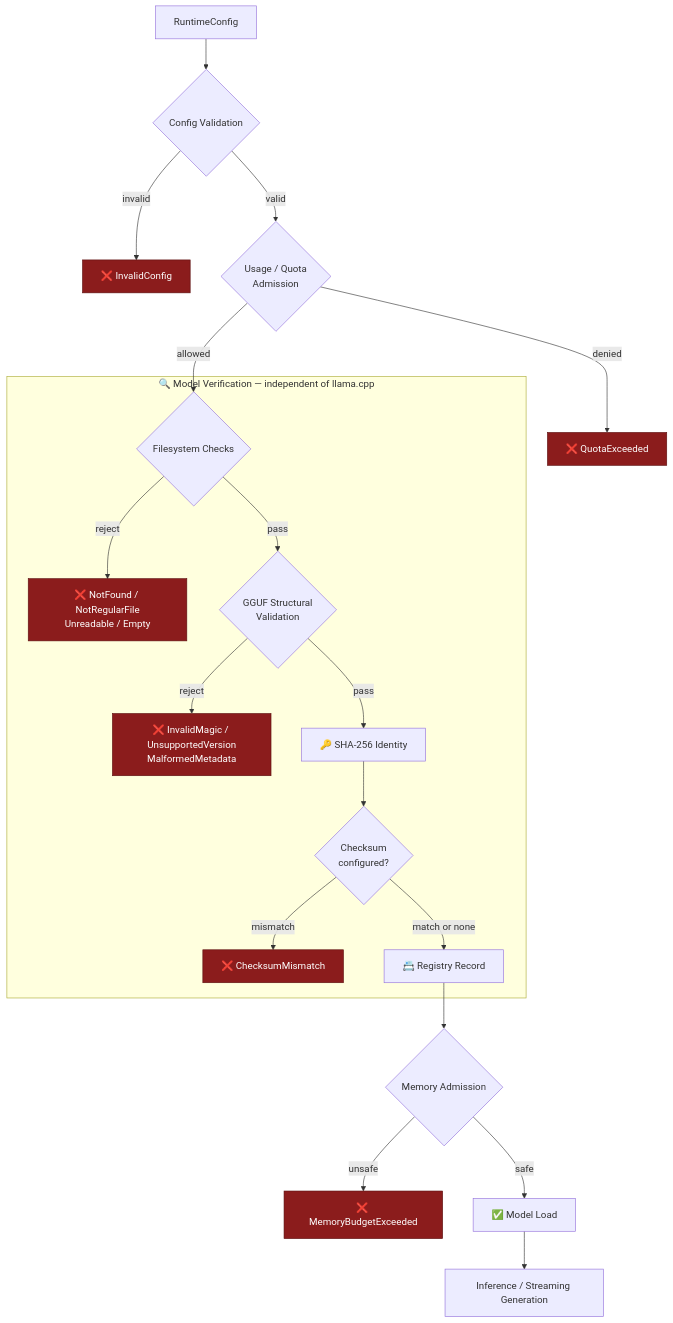
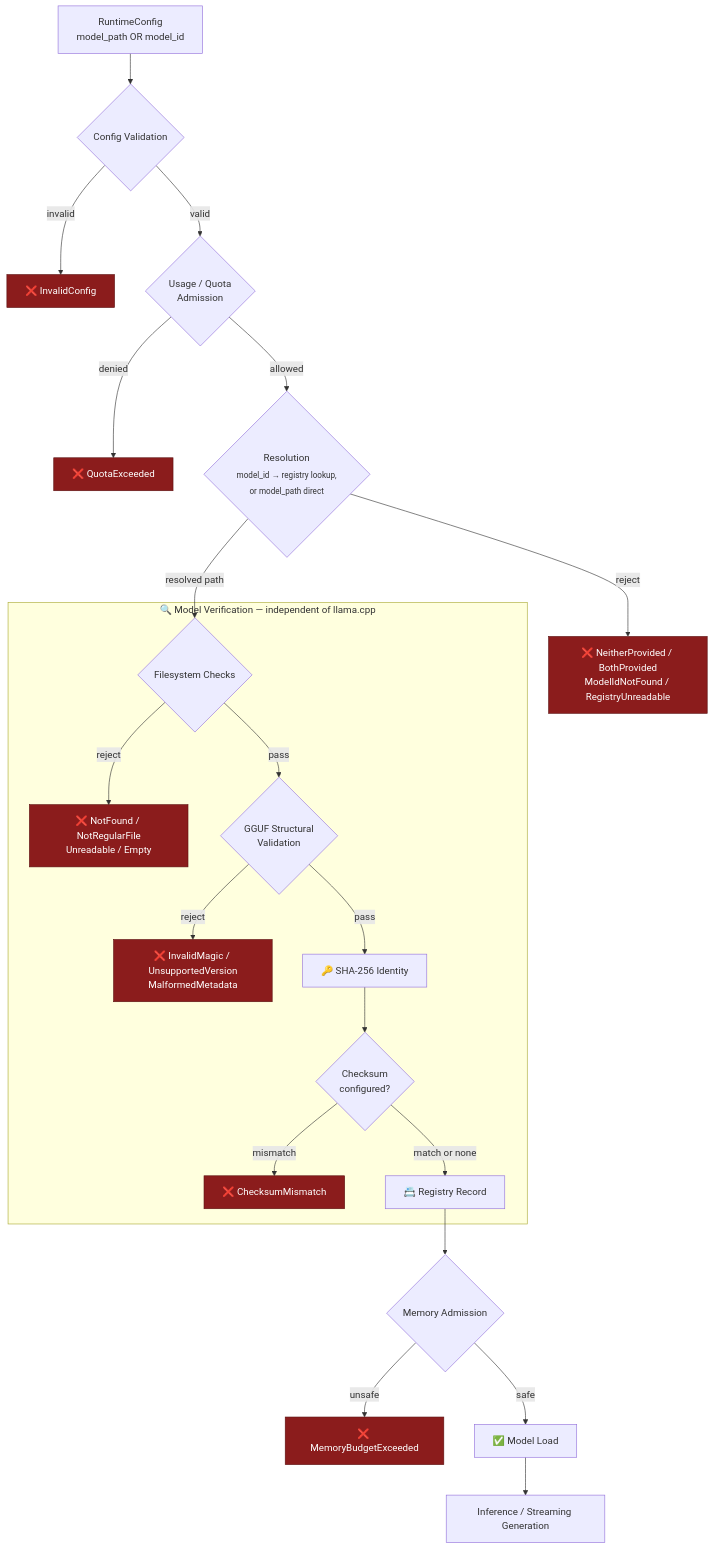
Before and after one commit to SHalimoosavi/SYJ-EdgeMind: the third of 3 diagrams in README.md, drawn with Mermaid. The commit also changed other lines of this file and 16 other files, not shown here.

````diff
--- a/README.md
+++ b/README.md
@@ -111,26 +113,28 @@
 ```mermaid
 flowchart TD
-    A["RuntimeConfig"] --> B{"Config Validation"}
+    A["RuntimeConfig<br/>model_path OR model_id"] --> B{"Config Validation"}
     B -->|invalid| X1["❌ InvalidConfig"]
     B -->|valid| C{"Usage / Quota<br/>Admission"}
     C -->|denied| X2["❌ QuotaExceeded"]
-    C -->|allowed| D1{"Filesystem Checks"}
+    C -->|allowed| R1{"Resolution<br/><sub>model_id → registry lookup,<br/>or model_path direct</sub>"}
+    R1 -->|reject| X0["❌ NeitherProvided / BothProvided<br/>ModelIdNotFound / RegistryUnreadable"]
+    R1 -->|resolved path| D1{"Filesystem Checks"}
 
     subgraph VERIFY["🔍 Model Verification — independent of llama.cpp"]
         D1 -->|reject| X3["❌ NotFound / NotRegularFile<br/>Unreadable / Empty"]
         D1 -->|pass| D2{"GGUF Structural<br/>Validation"}
         D2 -->|reject| X4["❌ InvalidMagic / UnsupportedVersion<br/>MalformedMetadata"]
         D2 -->|pass| D3["🔑 SHA-256 Identity"]
         D3 --> D4{"Checksum<br/>configured?"}
         D4 -->|mismatch| X5["❌ ChecksumMismatch"]
         D4 -->|match or none| D5["📇 Registry Record"]
     end
 
     D5 --> E{"Memory Admission"}
     E -->|unsafe| X6["❌ MemoryBudgetExceeded"]
     E -->|safe| F["✅ Model Load"]
     F --> G["Inference / Streaming Generation"]
 
     classDef reject fill:#8b1c1c,stroke:#5c1010,color:#fff
-    class X1,X2,X3,X4,X5,X6 reject
+    class X0,X1,X2,X3,X4,X5,X6 reject
 ```
````
